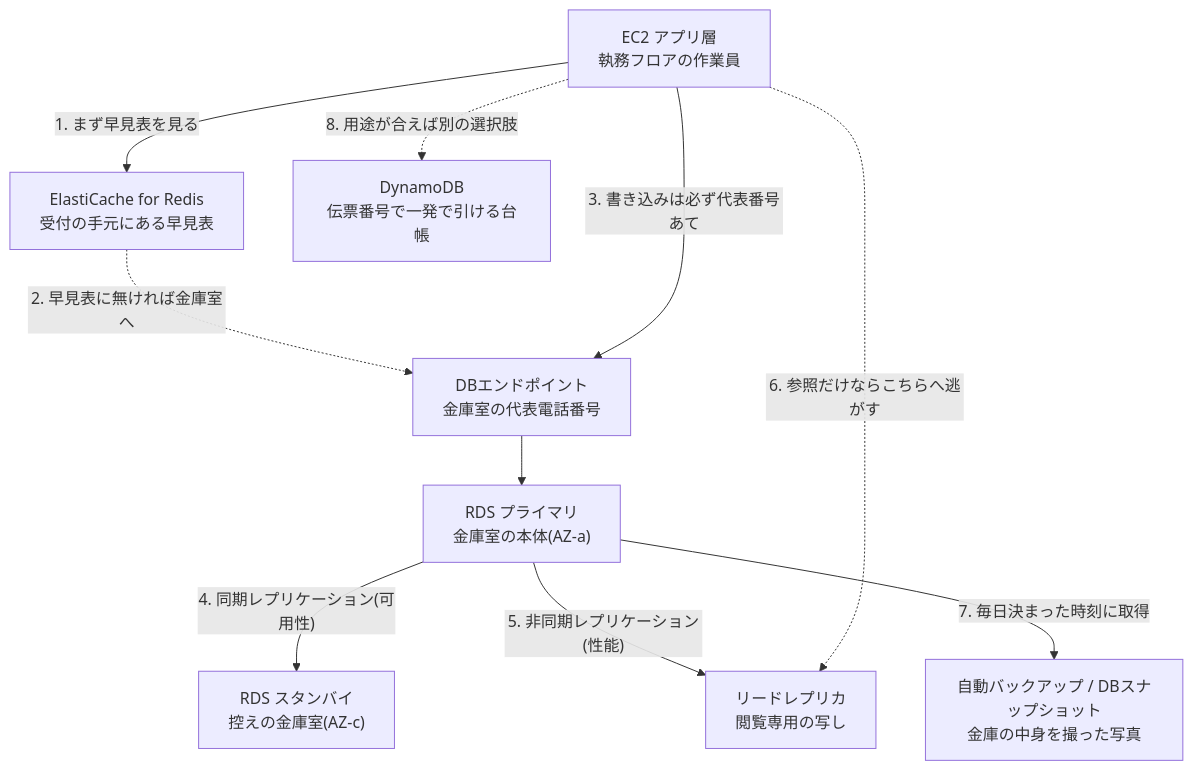
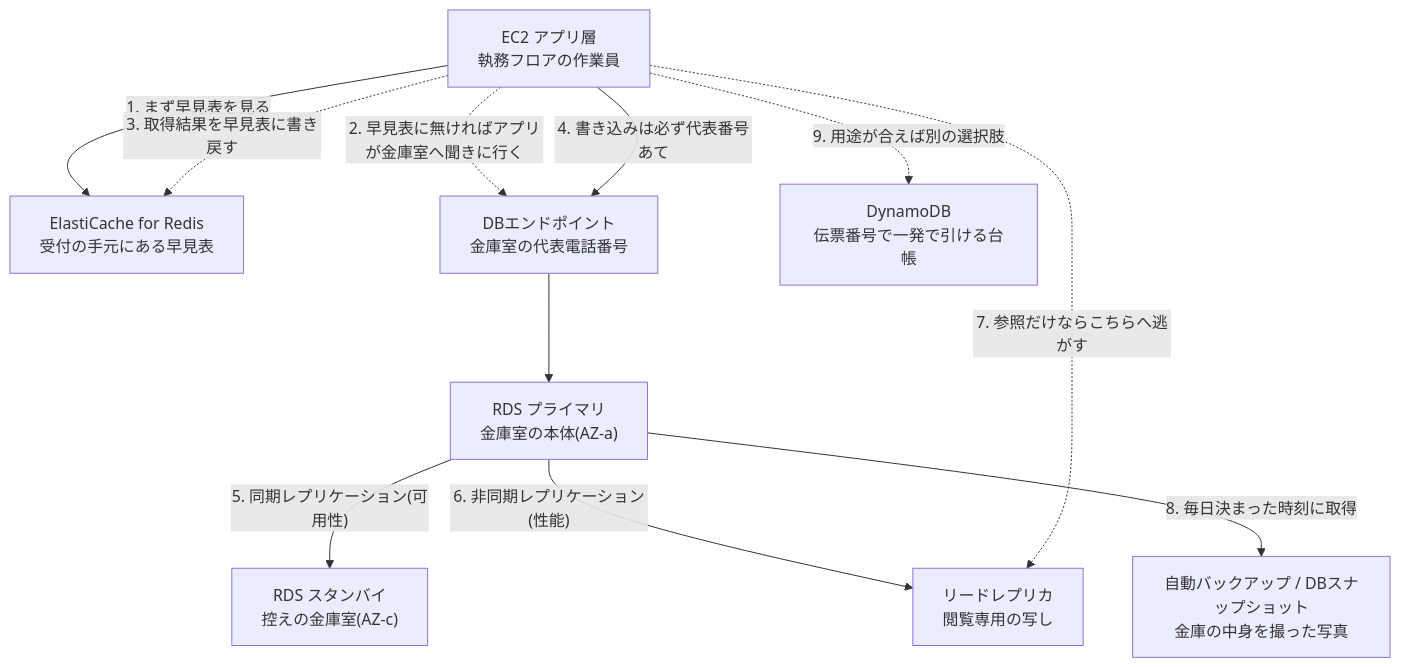
Before and after one commit to ns7jp/aws: the diagram in docs/glossary/05-database.md, drawn with Mermaid. The commit also changed other lines of this file and 7 other files, not shown here.

````diff
--- a/docs/glossary/05-database.md
+++ b/docs/glossary/05-database.md
@@ -13,21 +13,22 @@
 ```mermaid
 flowchart TD
     App["EC2 アプリ層<br/>執務フロアの作業員"]
     Cache["ElastiCache for Redis<br/>受付の手元にある早見表"]
     EP["DBエンドポイント<br/>金庫室の代表電話番号"]
     Pri["RDS プライマリ<br/>金庫室の本体(AZ-a)"]
     Std["RDS スタンバイ<br/>控えの金庫室(AZ-c)"]
     RR["リードレプリカ<br/>閲覧専用の写し"]
     Bkup["自動バックアップ / DBスナップショット<br/>金庫の中身を撮った写真"]
     Dyn["DynamoDB<br/>伝票番号で一発で引ける台帳"]
 
     App -->|"1. まず早見表を見る"| Cache
-    Cache -.->|"2. 早見表に無ければ金庫室へ"| EP
-    App -->|"3. 書き込みは必ず代表番号あて"| EP
+    App -.->|"2. 早見表に無ければアプリが金庫室へ聞きに行く"| EP
+    App -.->|"3. 取得結果を早見表に書き戻す"| Cache
+    App -->|"4. 書き込みは必ず代表番号あて"| EP
     EP --> Pri
-    Pri -->|"4. 同期レプリケーション(可用性)"| Std
-    Pri -->|"5. 非同期レプリケーション(性能)"| RR
-    App -.->|"6. 参照だけならこちらへ逃がす"| RR
-    Pri -->|"7. 毎日決まった時刻に取得"| Bkup
-    App -.->|"8. 用途が合えば別の選択肢"| Dyn
+    Pri -->|"5. 同期レプリケーション(可用性)"| Std
+    Pri -->|"6. 非同期レプリケーション(性能)"| RR
+    App -.->|"7. 参照だけならこちらへ逃がす"| RR
+    Pri -->|"8. 毎日決まった時刻に取得"| Bkup
+    App -.->|"9. 用途が合えば別の選択肢"| Dyn
 ```
````
